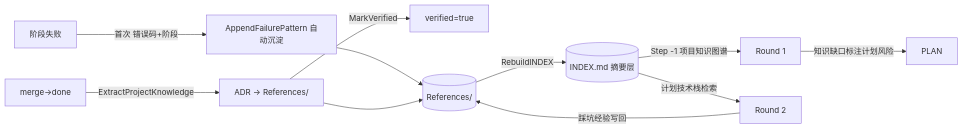
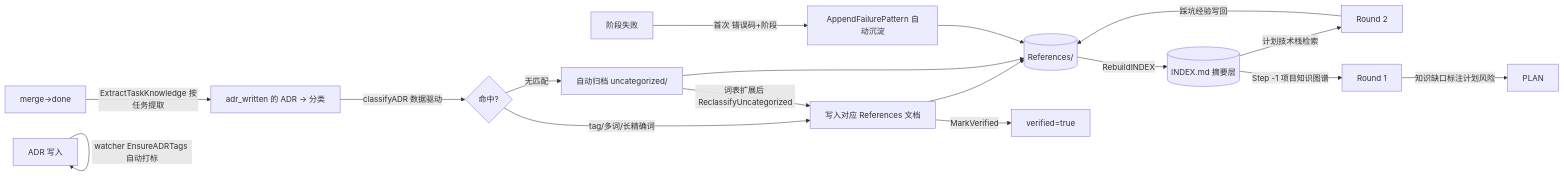
The fifth of 5 diagrams in docs/workflow.md (ndzuki/obsidian-task-runner), drawn with Mermaid before and after one commit. The commit also changed other lines of this file and 36 other files, not shown here.

First line of the commit message:
feat: knowledge lifecycle, task index, GitHub remote creation, token control

````diff
--- a/docs/workflow.md
+++ b/docs/workflow.md
@@ -692,13 +698,19 @@
 ```mermaid
 flowchart LR
     FAIL[阶段失败] -->|首次 错误码+阶段| SINK[AppendFailurePattern 自动沉淀]
-    MERGE[merge→done] -->|ExtractProjectKnowledge| EXTRACT[ADR → References/]
-    EXTRACT -->|MarkVerified| V[verified=true]
+    MERGE[merge→done] -->|ExtractTaskKnowledge 按任务提取| EXTRACT[adr_written 的 ADR → 分类]
+    EXTRACT -->|classifyADR 数据驱动| CLS{命中?}
+    CLS -->|tag/多词/长精确词| REF[写入对应 References 文档]
+    CLS -->|无匹配| UNC[自动归档 uncategorized/]
+    UNC -->|词表扩展后 ReclassifyUncategorized| REF
+    REF -->|MarkVerified| V[verified=true]
     SINK --> KB[(References/)]
-    EXTRACT --> KB
+    REF --> KB
+    UNC --> KB
+    ADR[ADR 写入] -->|watcher EnsureADRTags 自动打标| ADR
     KB -->|RebuildINDEX| IDX[(INDEX.md 摘要层)]
     IDX -->|Step -1 项目知识图谱| R1[Round 1]
     IDX -->|计划技术栈检索| R2[Round 2]
     R1 -->|知识缺口标注计划风险| PLAN
     R2 -->|踩坑经验写回| KB
 ```
````
